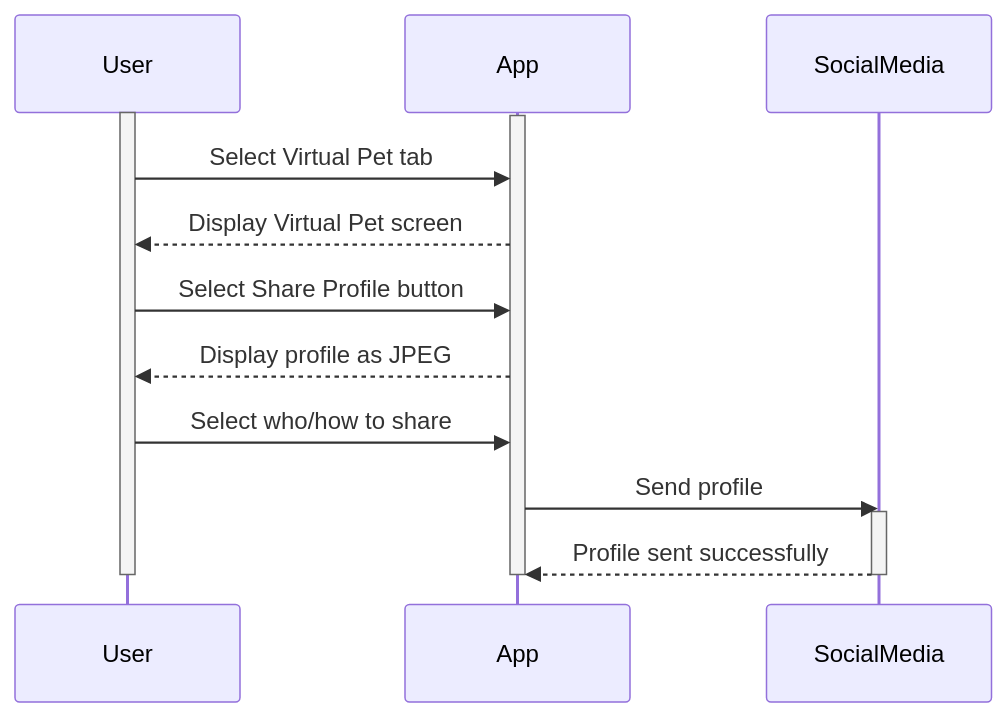
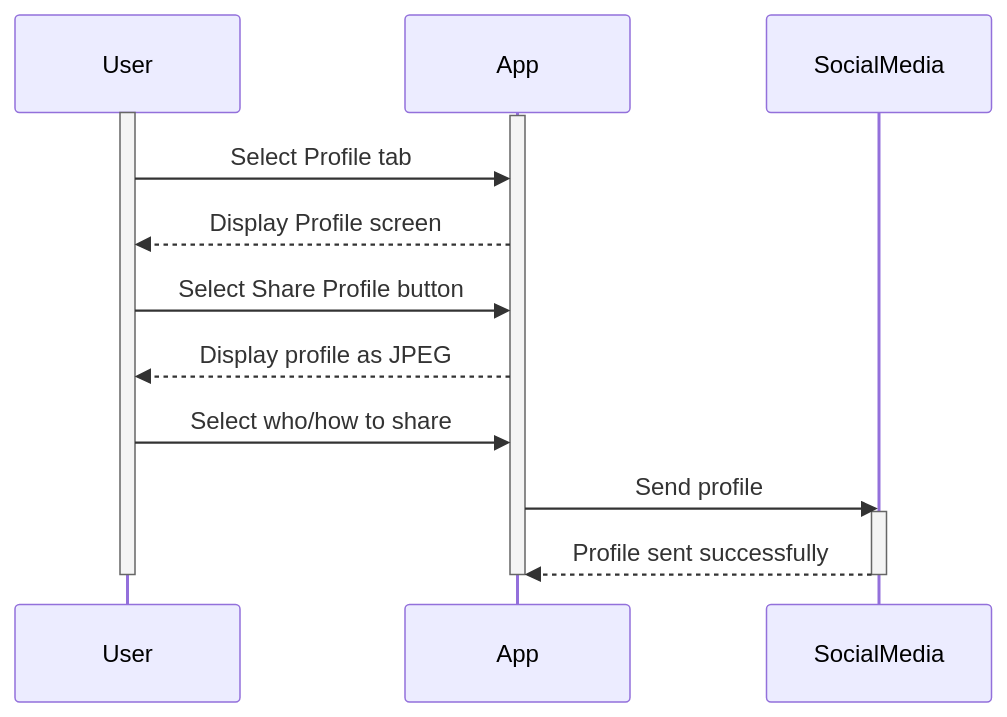
Diagram 12 of 12 in documentation/docs/system-architecture/sequence-diagrams.md (Capstone-Projects-2024-Spring/project-smartweights), drawn with Mermaid before and after one commit. The commit also changed other lines of this file, not shown here.

````diff
--- a/documentation/docs/system-architecture/sequence-diagrams.md
+++ b/documentation/docs/system-architecture/sequence-diagrams.md
@@ -481,25 +389,25 @@
 ```mermaid 
 sequenceDiagram
     participant User
     participant App
     participant SocialMedia
 
     activate User
     activate App
 
-    User->>App: Select Virtual Pet tab
-    App-->>User: Display Virtual Pet screen
+    User->>App: Select Profile tab
+    App-->>User: Display Profile screen
     User->>App: Select Share Profile button
     App-->>User: Display profile as JPEG
     User->>App: Select who/how to share
     App->>SocialMedia: Send profile
     activate SocialMedia
     SocialMedia-->>App: Profile sent successfully
     deactivate SocialMedia
     deactivate User
     deactivate App
 
 
 
 
 ```
````
